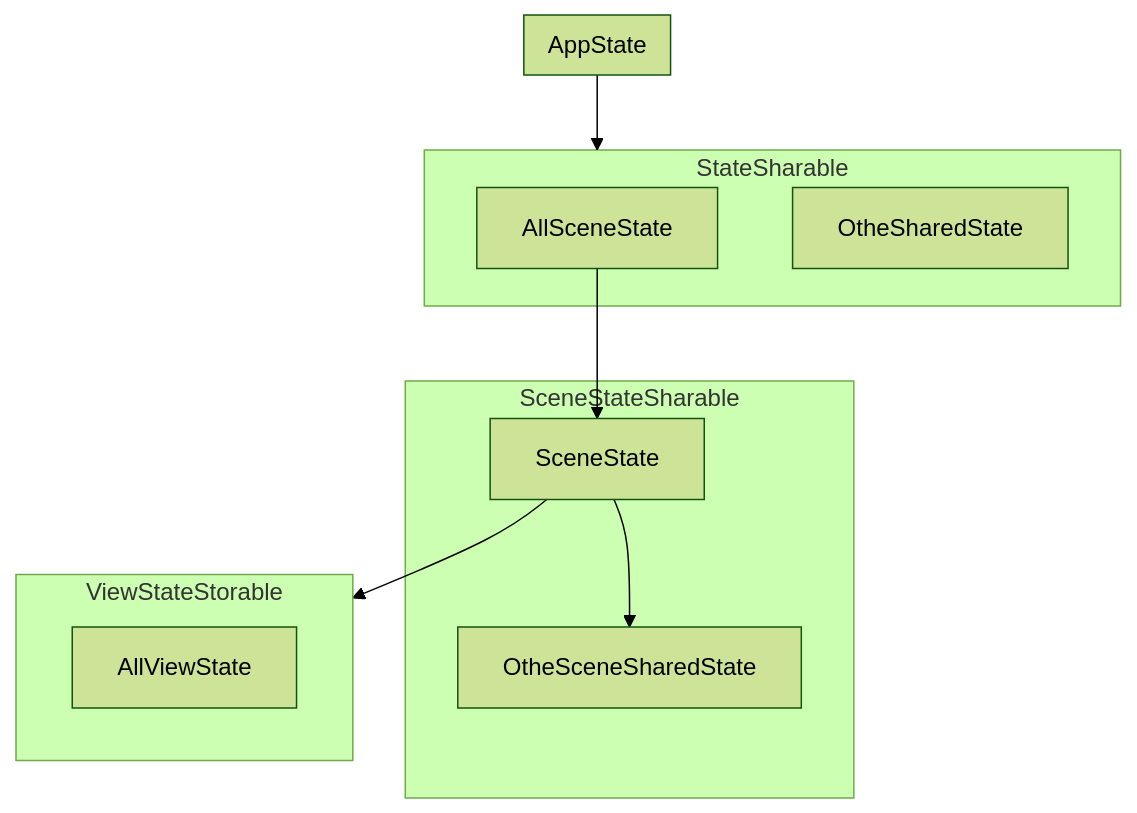
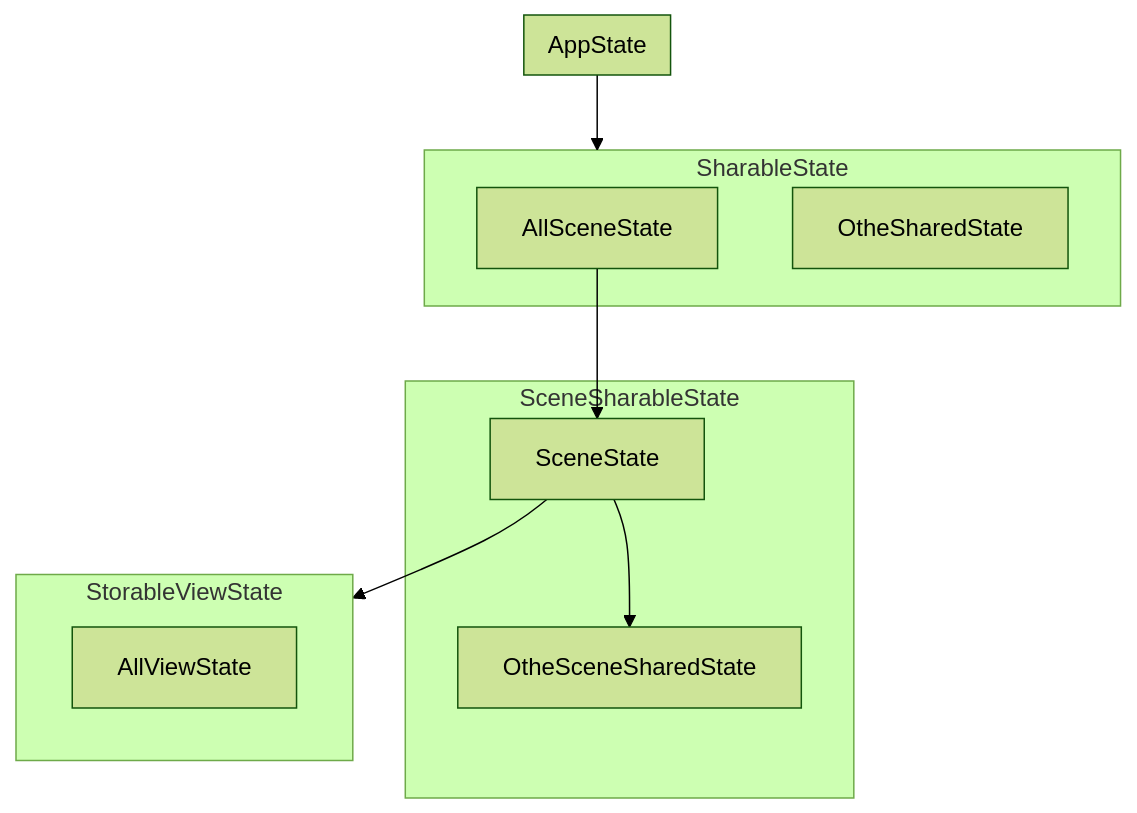
Before and after one commit to miejoy/view-flow: the diagram in README.md, drawn with Mermaid (forest theme). The commit also changed other lines of this file and 8 other files, not shown here.

````diff
--- a/README.md
+++ b/README.md
@@ -40,19 +40,19 @@
 ```mermaid
 flowchart TD
 subgraph AppState
 end
 AppState --> SharedState
-subgraph SharedState[StateSharable]
+subgraph SharedState[SharableState]
 AllSceneState
 OtheSharedState
 end
 AllSceneState --> SceneState
-subgraph SceneSharedState[SceneStateSharable]
+subgraph SceneSharedState[SceneSharableState]
 SceneState --> OtheSceneSharedState
 end
 SceneState --> ViewState
-subgraph ViewState[ViewStateStorable]
+subgraph ViewState[StorableViewState]
 AllViewState
 end
 
 ```
````
